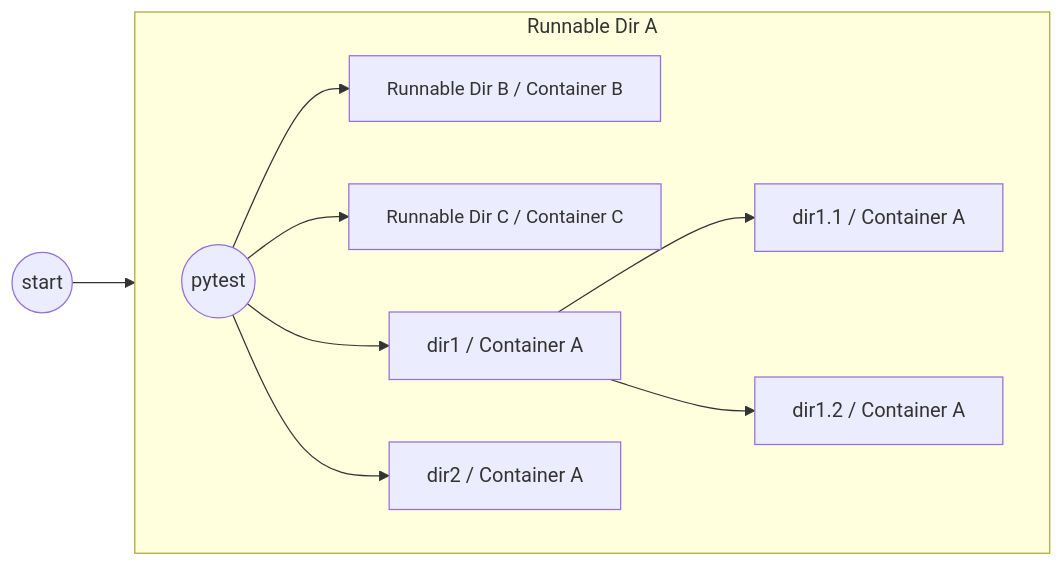
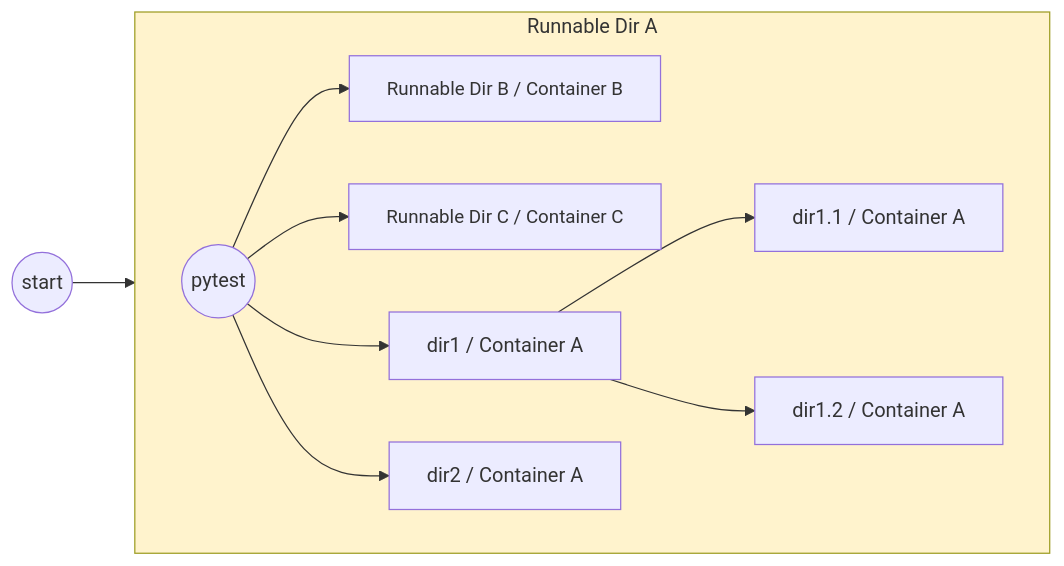
One commit to causify-ai/helpers changed the fifth of 5 diagrams in papers/Causify_development_system/Causify_dev_system.md. Above: the diagram before and after it, drawn with Mermaid. The commit also changed other lines of this file, not shown here.

````diff
--- a/papers/Causify_development_system/Causify_dev_system.md
+++ b/papers/Causify_development_system/Causify_dev_system.md
@@ -286,24 +290,25 @@
 ```mermaid
 graph LR
     start((start))
     start --> A
     subgraph A[Runnable Dir A]
         direction LR
         pytest_1((pytest))
         B[Runnable Dir B / Container B]
         C[Runnable Dir C / Container C]
         dirA1[dir1 / Container A]
         dirA2[dir2 / Container A]
         dirA11[dir1.1 / Container A]
         dirA12[dir1.2 / Container A]
         pytest_1 --> B
         pytest_1 --> C
         pytest_1 --> dirA1
         pytest_1 --> dirA2
         dirA1 --> dirA11
         dirA1 --> dirA12
     end
 
+style A fill:#FFF3CD,stroke:#9E9D24
 style B font-size:15px
 style C font-size:15px
 ```
````
